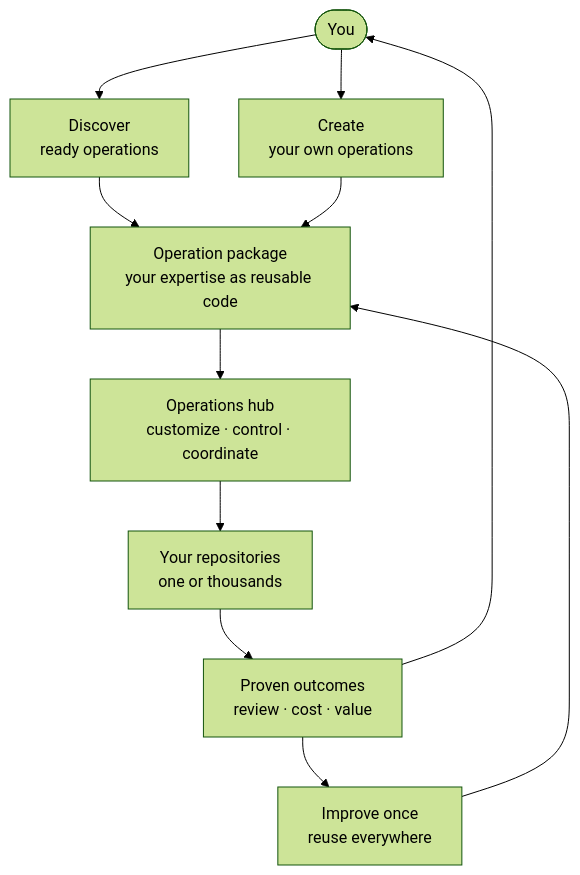
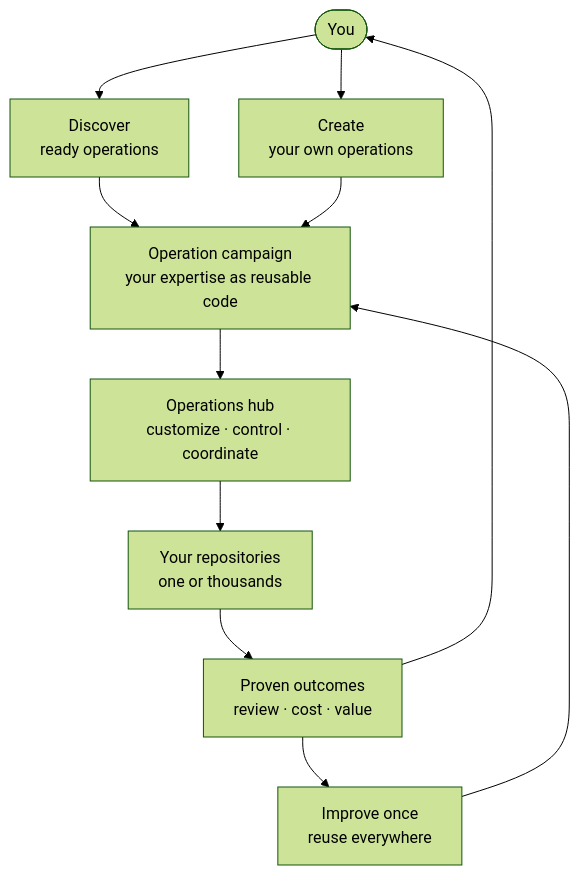
The diagram in docs/architecture-at-a-glance.md (elefthei/gh-aw-cao), drawn with Mermaid (forest theme) before and after one commit. The commit also changed other lines of this file and 420 other files, not shown here.

````diff
--- a/docs/architecture-at-a-glance.md
+++ b/docs/architecture-at-a-glance.md
@@ -31,16 +31,16 @@
 ```mermaid
 flowchart TB
   you(["You"])
   ready["Discover<br/>ready operations"]
   custom["Create<br/>your own operations"]
-  package["Operation package<br/>your expertise as reusable code"]
+  campaign["Operation campaign<br/>your expertise as reusable code"]
   hub["Operations hub<br/>customize · control · coordinate"]
   estate["Your repositories<br/>one or thousands"]
   outcomes["Proven outcomes<br/>review · cost · value"]
   improve["Improve once<br/>reuse everywhere"]
 
-  you --> ready --> package
-  you --> custom --> package
-  package --> hub --> estate --> outcomes --> you
-  outcomes --> improve --> package
+  you --> ready --> campaign
+  you --> custom --> campaign
+  campaign --> hub --> estate --> outcomes --> you
+  outcomes --> improve --> campaign
 ```
````
